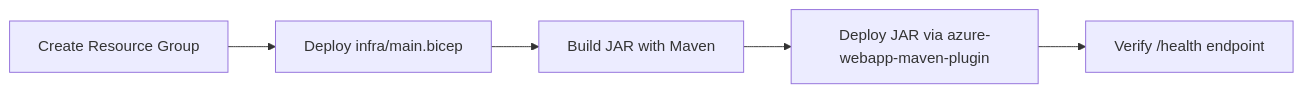
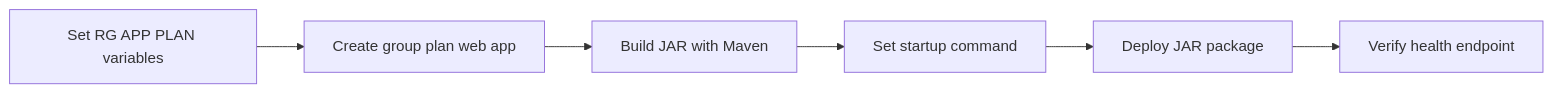
Before and after one commit to yeongseon/azure-app-service-practical-guide: the second of 2 diagrams in docs/language-guides/java/02-first-deploy.md, drawn with Mermaid. The commit also changed other lines of this file and 11 other files, not shown here.

````diff
--- a/docs/language-guides/java/02-first-deploy.md
+++ b/docs/language-guides/java/02-first-deploy.md
@@ -70,7 +68,8 @@
 ```mermaid
 flowchart LR
-    A[Create Resource Group] --> B[Deploy infra/main.bicep]
+    A[Set RG APP PLAN variables] --> B[Create group plan web app]
     B --> C[Build JAR with Maven]
-    C --> D[Deploy JAR via azure-webapp-maven-plugin]
-    D --> E[Verify /health endpoint]
+    C --> D[Set startup command]
+    D --> E[Deploy JAR package]
+    E --> F[Verify health endpoint]
 ```
````
